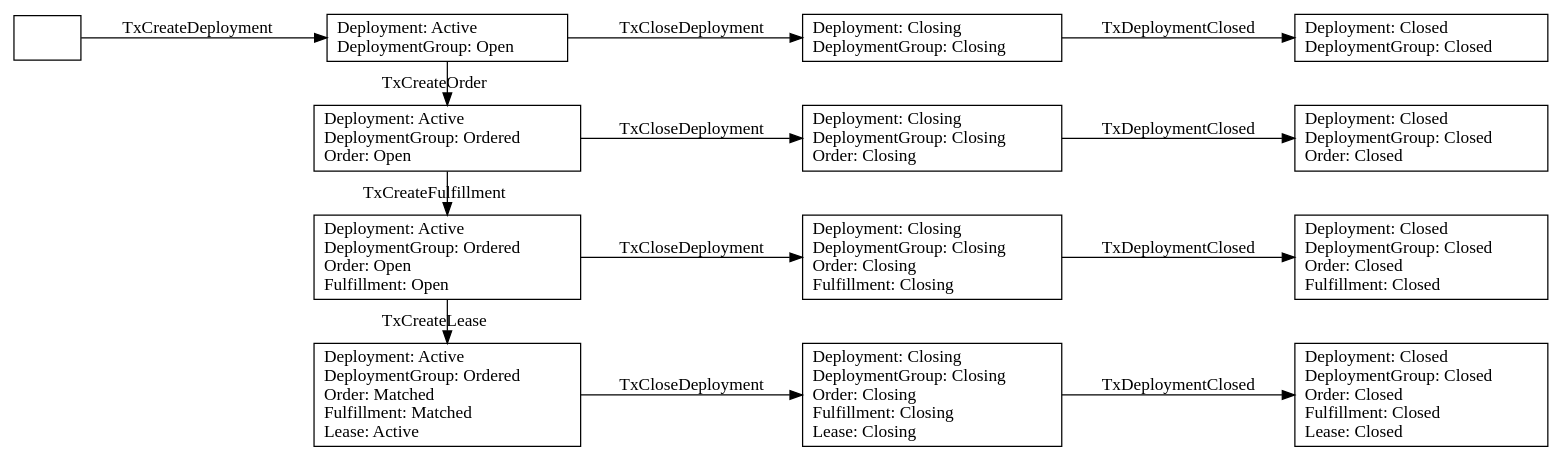
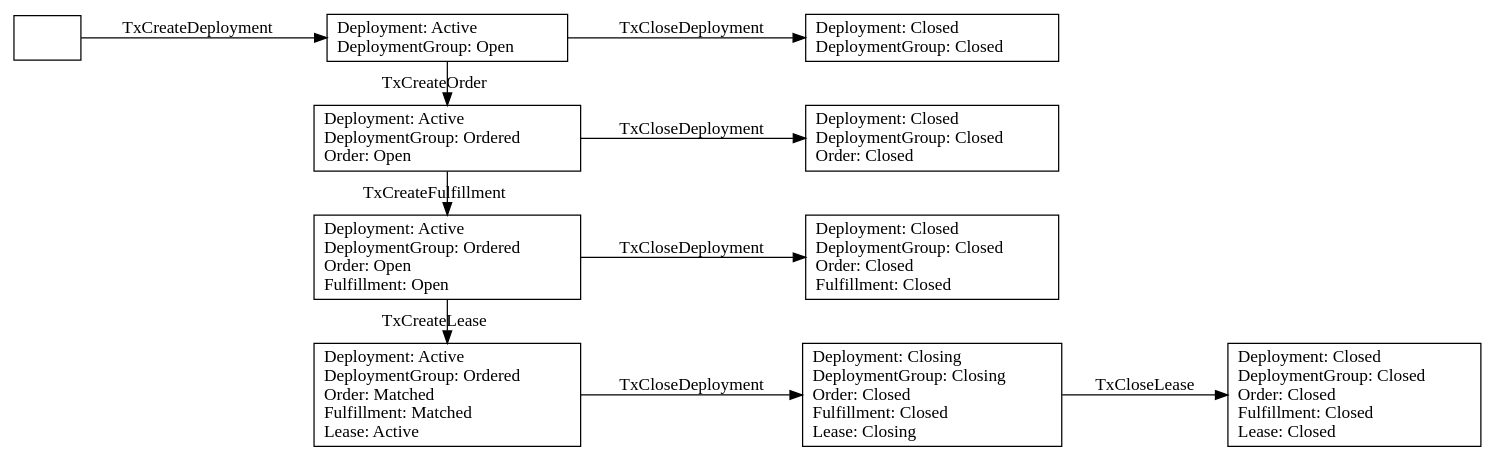
Before and after one commit to akash-network/node: the diagram in _docs/dot/tenant-cancel.dot, drawn with Graphviz. The commit also changed 14 other files, not shown here.

```diff
--- a/_docs/dot/tenant-cancel.dot
+++ b/_docs/dot/tenant-cancel.dot
@@ -1,41 +1,35 @@
 digraph marketplace {
 
   rankdir=LR;
 
   "0"     [shape=box label=""];
 
   "1"     [shape=box labeljust="1" label="Deployment: Active\lDeploymentGroup: Open\l"];
   "2"     [shape=box labeljust="1" label="Deployment: Active\lDeploymentGroup: Ordered\lOrder: Open\l"];
   "3"     [shape=box labeljust="1" label="Deployment: Active\lDeploymentGroup: Ordered\lOrder: Open\lFulfillment: Open\l"];
   "4"     [shape=box labeljust="1" label="Deployment: Active\lDeploymentGroup: Ordered\lOrder: Matched\lFulfillment: Matched\lLease: Active\l"];
 
-  "5"     [shape=box label="Deployment: Closing\lDeploymentGroup: Closing\l"];
-  "6"     [shape=box label="Deployment: Closing\lDeploymentGroup: Closing\lOrder: Closing\l"];
-  "7"     [shape=box label="Deployment: Closing\lDeploymentGroup: Closing\lOrder: Closing\lFulfillment: Closing\l"];
-  "8"     [shape=box label="Deployment: Closing\lDeploymentGroup: Closing\lOrder: Closing\lFulfillment: Closing\lLease: Closing\l"];
+  "5"     [shape=box label="Deployment: Closed\lDeploymentGroup: Closed\l"];
+  "6"     [shape=box label="Deployment: Closed\lDeploymentGroup: Closed\lOrder: Closed\l"];
+  "7"     [shape=box label="Deployment: Closed\lDeploymentGroup: Closed\lOrder: Closed\lFulfillment: Closed\l"];
+  "8"     [shape=box label="Deployment: Closing\lDeploymentGroup: Closing\lOrder: Closed\lFulfillment: Closed\lLease: Closing\l"];
 
-  "9"     [shape=box label="Deployment: Closed\lDeploymentGroup: Closed\l"];
-  "10"    [shape=box label="Deployment: Closed\lDeploymentGroup: Closed\lOrder: Closed\l"];
-  "11"    [shape=box label="Deployment: Closed\lDeploymentGroup: Closed\lOrder: Closed\lFulfillment: Closed\l"];
-  "12"    [shape=box label="Deployment: Closed\lDeploymentGroup: Closed\lOrder: Closed\lFulfillment: Closed\lLease: Closed\l"];
+  "9"    [shape=box label="Deployment: Closed\lDeploymentGroup: Closed\lOrder: Closed\lFulfillment: Closed\lLease: Closed\l"];
 
   "0" -> "1"           [label="TxCreateDeployment"];
   "1" -> "2"           [label="TxCreateOrder"];
   "2" -> "3"           [label="TxCreateFulfillment"];
   "3" -> "4"           [label="TxCreateLease"];
 
   "1" -> "5"           [label="TxCloseDeployment"];
   "2" -> "6"           [label="TxCloseDeployment"];
   "3" -> "7"           [label="TxCloseDeployment"];
   "4" -> "8"           [label="TxCloseDeployment"];
 
-  "5" -> "9"           [label="TxDeploymentClosed"];
-  "6" -> "10"          [label="TxDeploymentClosed"];
-  "7" -> "11"          [label="TxDeploymentClosed"];
-  "8" -> "12"          [label="TxDeploymentClosed"];
+  "8" -> "9"          [label="TxCloseLease"];
 
 
   { rank=same "1", "2", "3", "4" }
   { rank=same "5", "6", "7", "8" }
-  { rank=same "9", "10", "11", "12" }
+  { rank=same "9" }
 }
```
